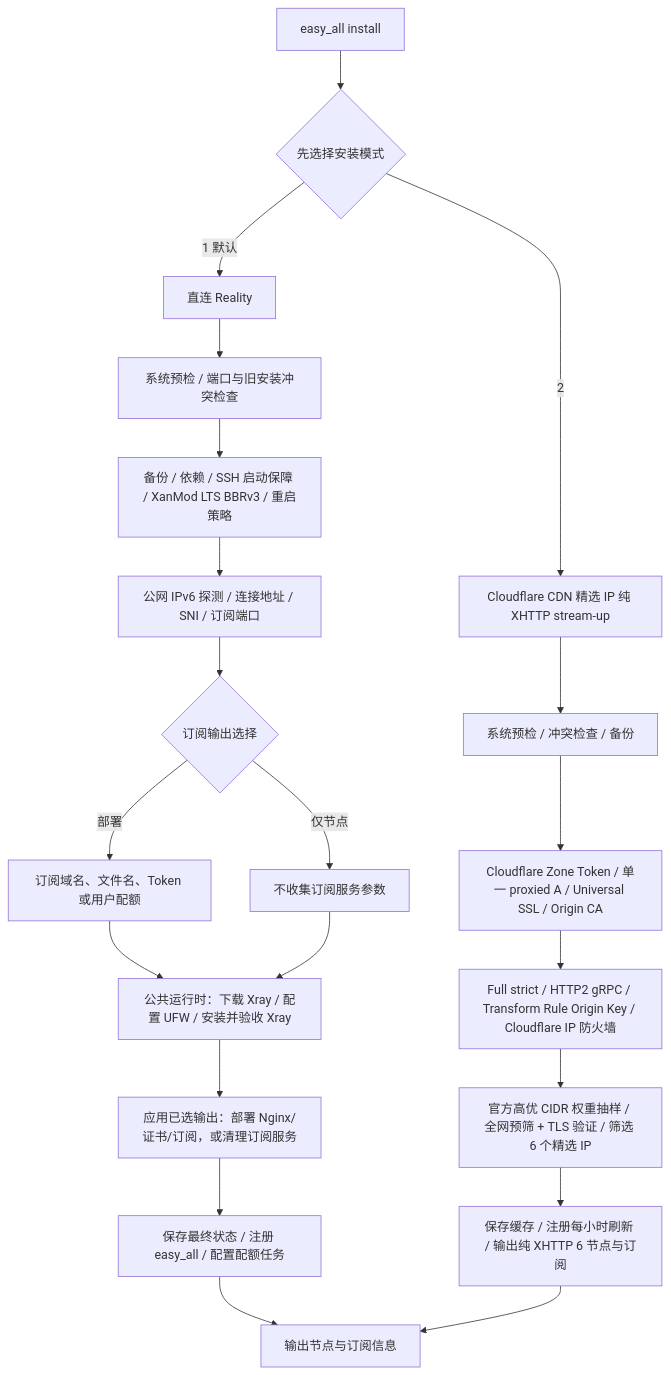
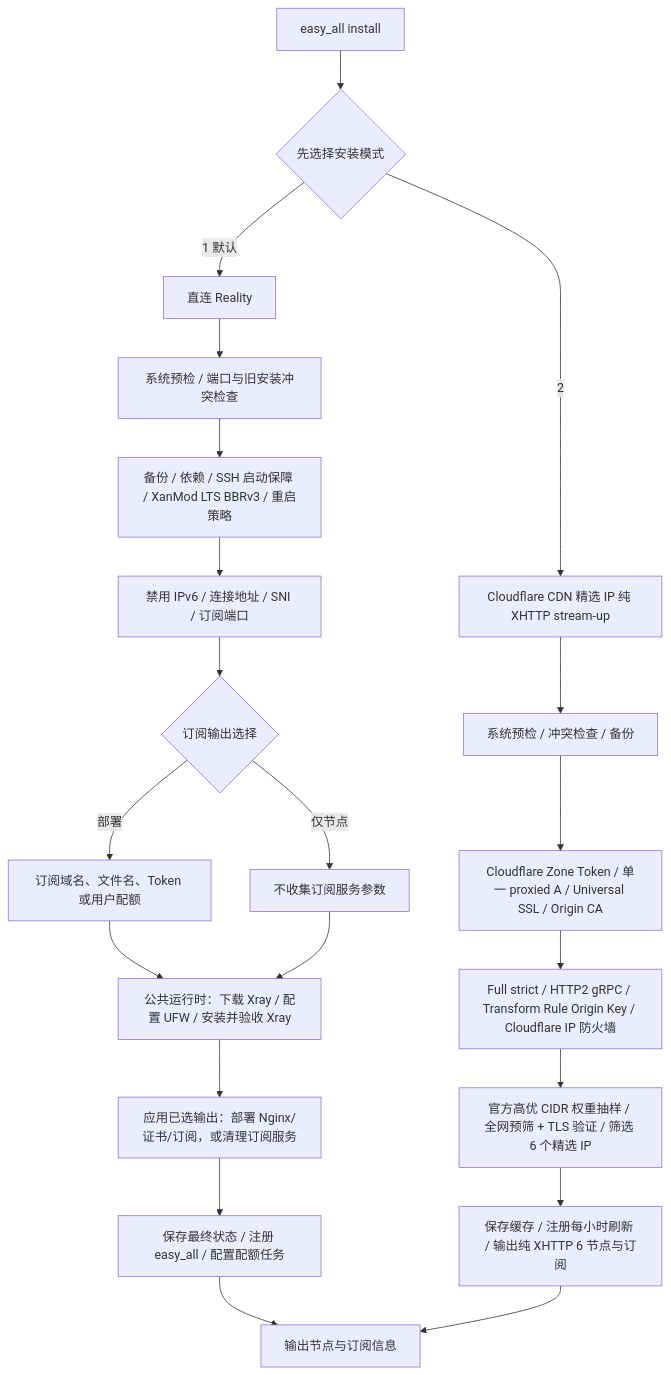
The diagram in README.md (v2yiz/easy_all), drawn with Mermaid before and after one commit. The commit also changed other lines of this file and 21 other files, not shown here.

````diff
--- a/README.md
+++ b/README.md
@@ -251,25 +251,25 @@
 ```mermaid
 flowchart TD
     A[easy_all install] --> B{先选择安装模式}
 
     B -->|1 默认| R0[直连 Reality]
     R0 --> R1[系统预检 / 端口与旧安装冲突检查]
     R1 --> R2[备份 / 依赖 / SSH 启动保障 / XanMod LTS BBRv3 / 重启策略]
-    R2 --> R3[公网 IPv6 探测 / 连接地址 / SNI / 订阅端口]
+    R2 --> R3[禁用 IPv6 / 连接地址 / SNI / 订阅端口]
     R3 --> R4{订阅输出选择}
     R4 -->|部署| R5[订阅域名、文件名、Token 或用户配额]
     R4 -->|仅节点| R6[不收集订阅服务参数]
     R5 --> R7[公共运行时：下载 Xray / 配置 UFW / 安装并验收 Xray]
     R6 --> R7
     R7 --> R8[应用已选输出：部署 Nginx/证书/订阅，或清理订阅服务]
     R8 --> R9[保存最终状态 / 注册 easy_all / 配置配额任务]
     R9 --> Z[输出节点与订阅信息]
 
     B -->|2| C0[Cloudflare CDN 精选 IP 纯 XHTTP stream-up]
     C0 --> C1[系统预检 / 冲突检查 / 备份]
     C1 --> C2[Cloudflare Zone Token / 单一 proxied A / Universal SSL / Origin CA]
     C2 --> C3[Full strict / HTTP2 gRPC / Transform Rule Origin Key / Cloudflare IP 防火墙]
     C3 --> C4[官方高优 CIDR 权重抽样 / 全网预筛 + TLS 验证 / 筛选 6 个精选 IP]
     C4 --> C5[保存缓存 / 注册每小时刷新 / 输出纯 XHTTP 6 节点与订阅]
     C5 --> Z
 ```
````
